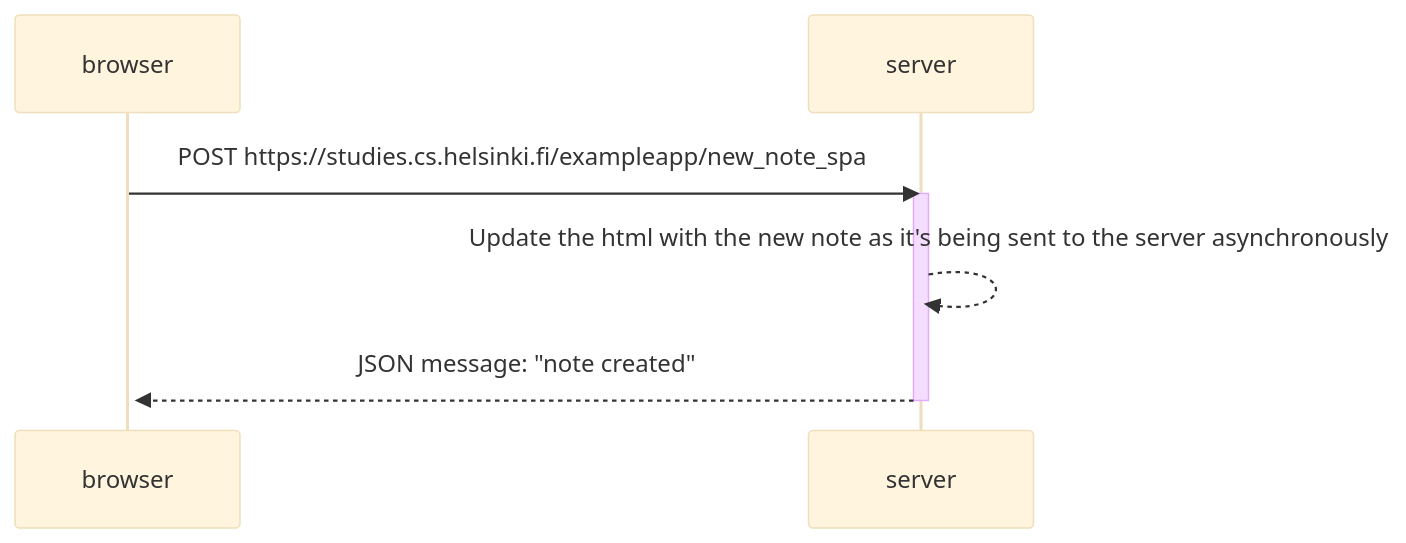
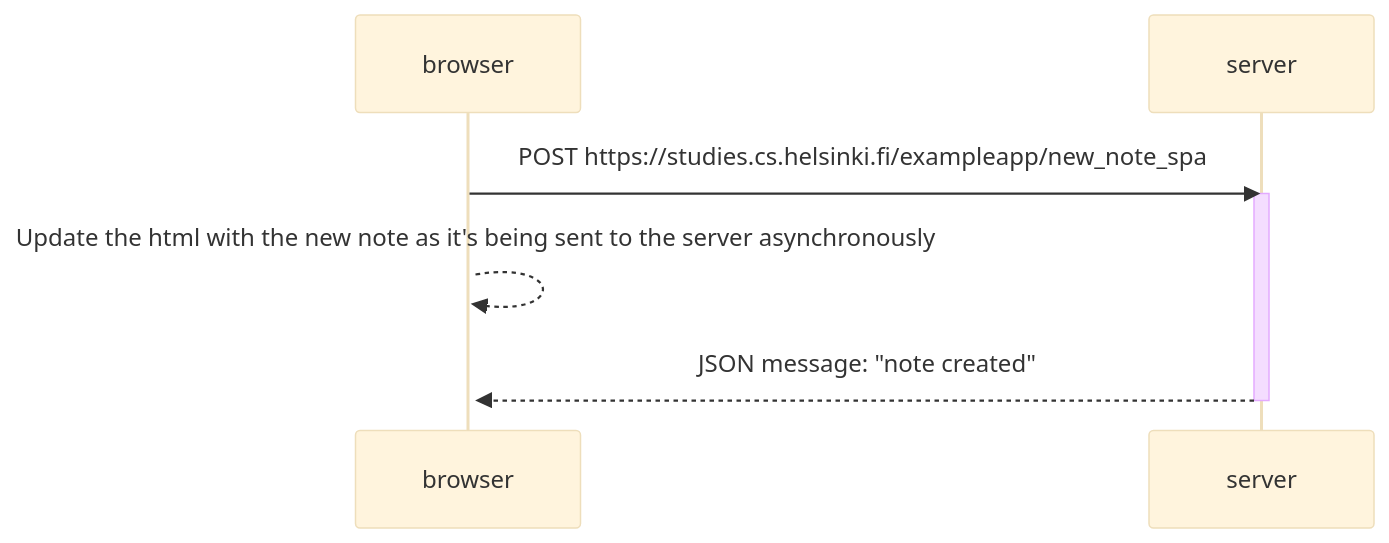
One commit to damicore/openfullstack-part0 changed the diagram in exercise6.md. Above: the diagram before and after it, drawn with Mermaid (base theme).

Commit message:
all exercise for part 0 done

````diff
--- a/exercise6.md
+++ b/exercise6.md
@@ -2,12 +2,12 @@
 ```mermaid
 sequenceDiagram
     participant browser
     participant server
     
     browser->>server: POST https://studies.cs.helsinki.fi/exampleapp/new_note_spa
     activate server
     activate browser
-    server-->>server: Update the html with the new note as it's being sent to the server asynchronously
+    browser-->>browser: Update the html with the new note as it's being sent to the server asynchronously
     server-->>browser: JSON message: "note created"
     deactivate server
 ```
````
